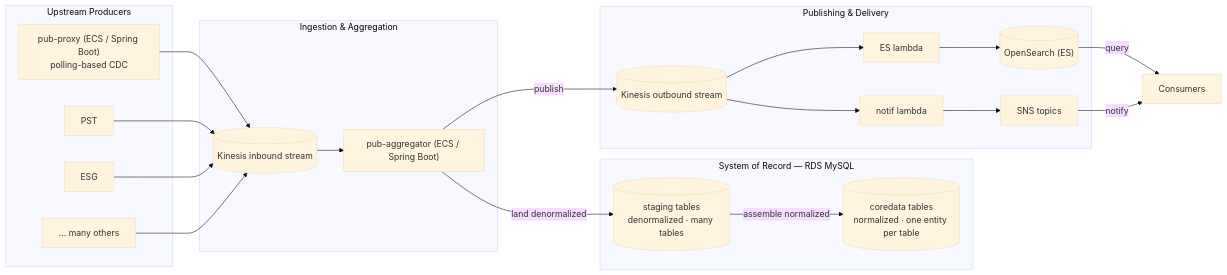
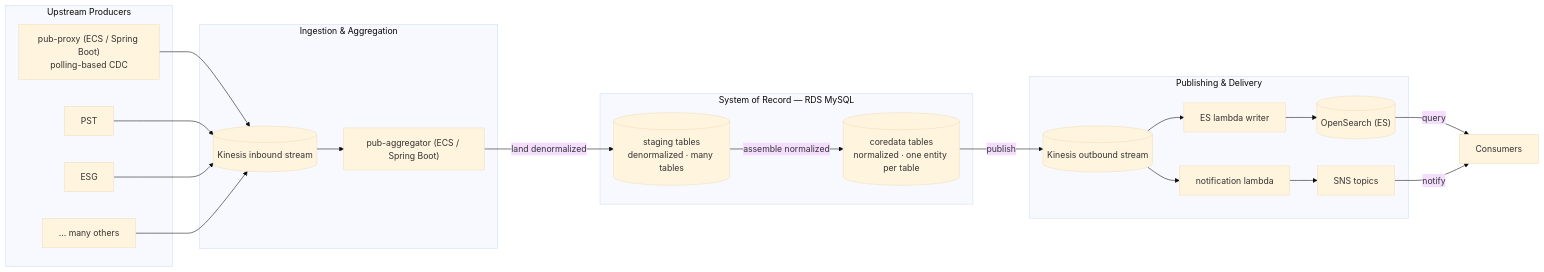
Before and after one commit to pprakashbh/puneet_wellington_account_screening: the first of 7 diagrams in Technical Skills/CoreDataPlatform.md, drawn with Mermaid (base theme). The commit also changed other lines of this file, not shown here.

Commit message:
Added Architecture Diagram

````diff
--- a/Technical Skills/CoreDataPlatform.md
+++ b/Technical Skills/CoreDataPlatform.md
@@ -35,42 +35,42 @@
 ```mermaid
 flowchart LR
     subgraph Producers["Upstream Producers"]
         Proxy["pub-proxy (ECS / Spring Boot)<br/>polling-based CDC"]
         PST["PST"]
         ESG["ESG"]
         More["... many others"]
     end
 
     subgraph Ingest["Ingestion & Aggregation"]
         Inbound[("Kinesis inbound stream")]
         Agg["pub-aggregator (ECS / Spring Boot)"]
     end
 
     subgraph Store["System of Record — RDS MySQL"]
         Staging[("staging tables<br/>denormalized · many tables")]
         Core[("coredata tables<br/>normalized · one entity per table")]
     end
 
     subgraph Fanout["Publishing & Delivery"]
         Outbound[("Kinesis outbound stream")]
-        ESL["ES lambda"]
-        NL["notif lambda"]
+        ESL["ES lambda writer"]
+        NL["notification lambda"]
         OS[("OpenSearch (ES)")]
         SNS["SNS topics"]
     end
 
     Consumers["Consumers"]
 
     Proxy --> Inbound
     PST --> Inbound
     ESG --> Inbound
     More --> Inbound
     Inbound --> Agg
     Agg -- land denormalized --> Staging
     Staging -- assemble normalized --> Core
-    Agg -- publish --> Outbound
+    Core -- publish --> Outbound
     Outbound --> ESL --> OS
     Outbound --> NL --> SNS
     OS -- query --> Consumers
     SNS -- notify --> Consumers
 ```
````
